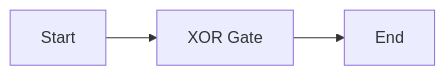
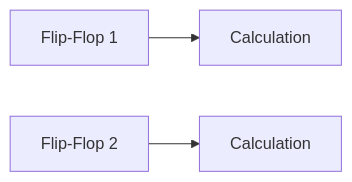
The first of 2 diagrams in frontend/public/assets/gate/ec/digital-circuit/sequential-circuit.md (imxade/dontCompete), drawn with Mermaid before and after one commit. The commit also changed other lines of this file and 4395 other files, not shown here.

````diff
--- a/frontend/public/assets/gate/ec/digital-circuit/sequential-circuit.md
+++ b/frontend/public/assets/gate/ec/digital-circuit/sequential-circuit.md
@@ -69,5 +79,5 @@
 ```mermaid
 graph LR
-    A[Start] --> B[XOR Gate]
-    B --> C[End]
+A[Flip-Flop 1] --> B[Calculation]
+C[Flip-Flop 2] --> D[Calculation]
 ```
````
